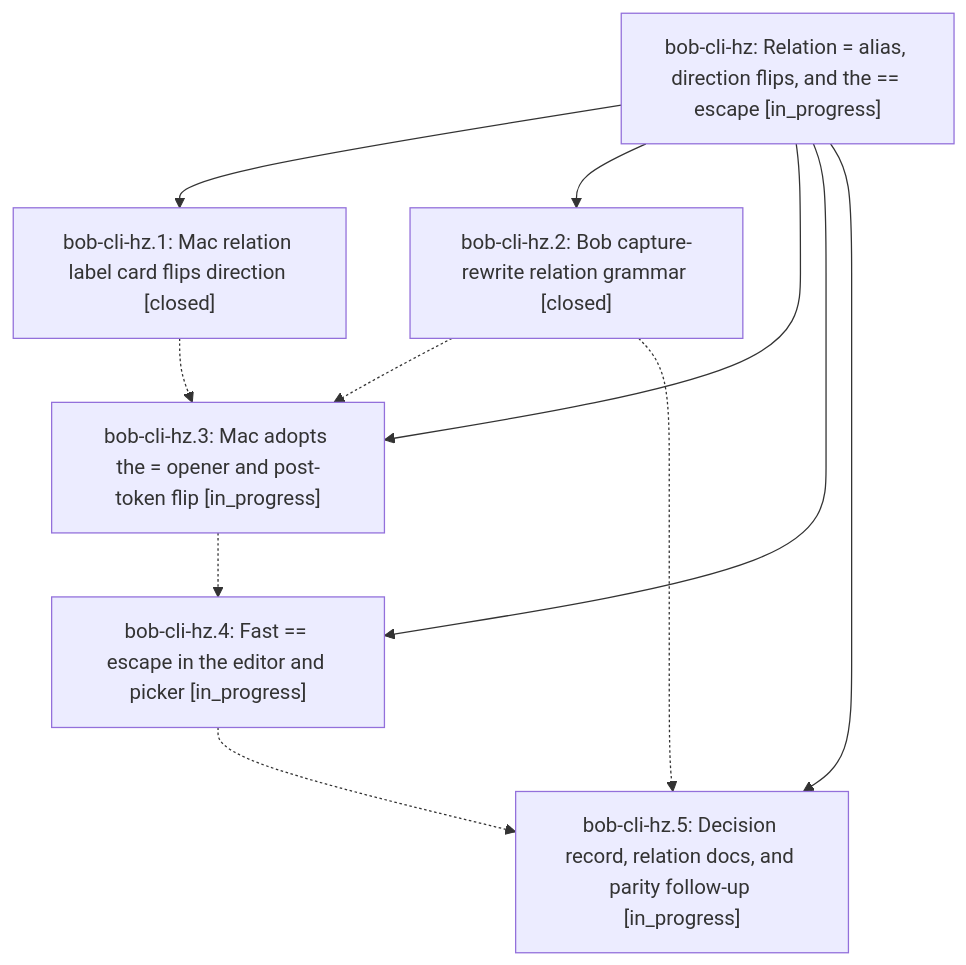
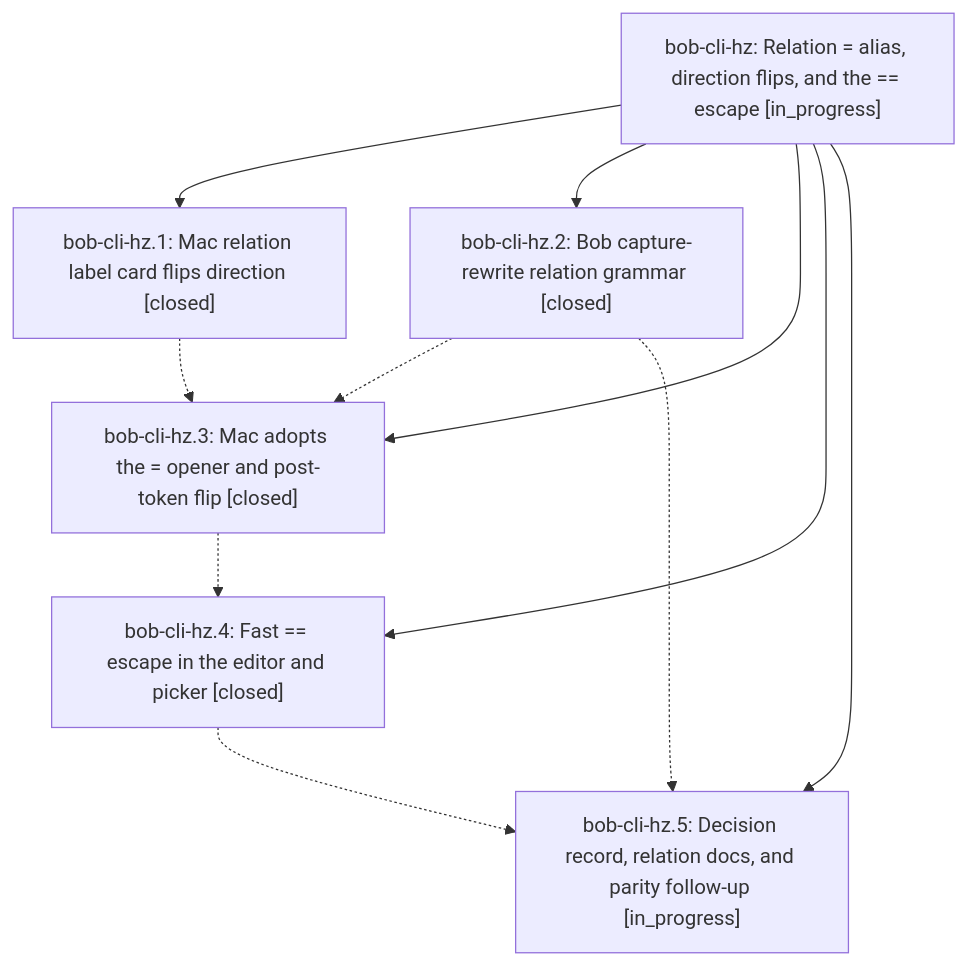
One commit to bobs-org/bob-cli--beads changed the diagram in pages/bob-cli-hz/README.md. Above: the diagram before and after it, drawn with Mermaid. The commit also changed other lines of this file and 5 other files, not shown here.

First line of the commit message:
chore(beads): sync bead state and pages for bob-cli-hz

````diff
--- a/pages/bob-cli-hz/README.md
+++ b/pages/bob-cli-hz/README.md
@@ -38,19 +38,19 @@
 ```mermaid
 flowchart TD
     n0["bob-cli-hz: Relation = alias, direction flips, and the == escape [in_progress]"]
     n1["bob-cli-hz.1: Mac relation label card flips direction [closed]"]
     n2["bob-cli-hz.2: Bob capture-rewrite relation grammar [closed]"]
-    n3["bob-cli-hz.3: Mac adopts the = opener and post-token flip [in_progress]"]
-    n4["bob-cli-hz.4: Fast == escape in the editor and picker [in_progress]"]
+    n3["bob-cli-hz.3: Mac adopts the = opener and post-token flip [closed]"]
+    n4["bob-cli-hz.4: Fast == escape in the editor and picker [closed]"]
     n5["bob-cli-hz.5: Decision record, relation docs, and parity follow-up [in_progress]"]
     n0 --> n1
     n0 --> n2
     n0 --> n3
     n0 --> n4
     n0 --> n5
     n1 -.-> n3
     n2 -.-> n3
     n2 -.-> n5
     n3 -.-> n4
     n4 -.-> n5
 ```
````
